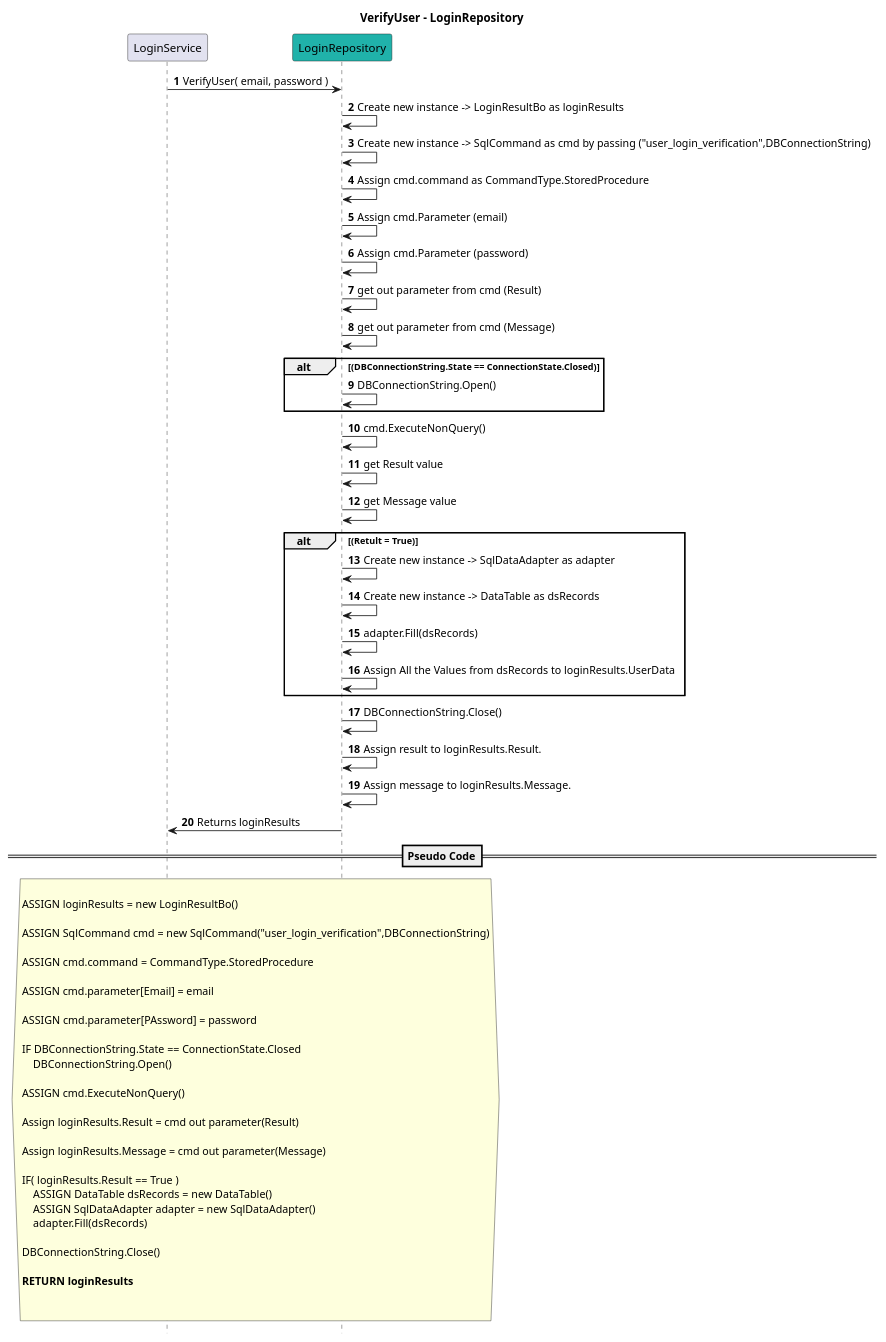
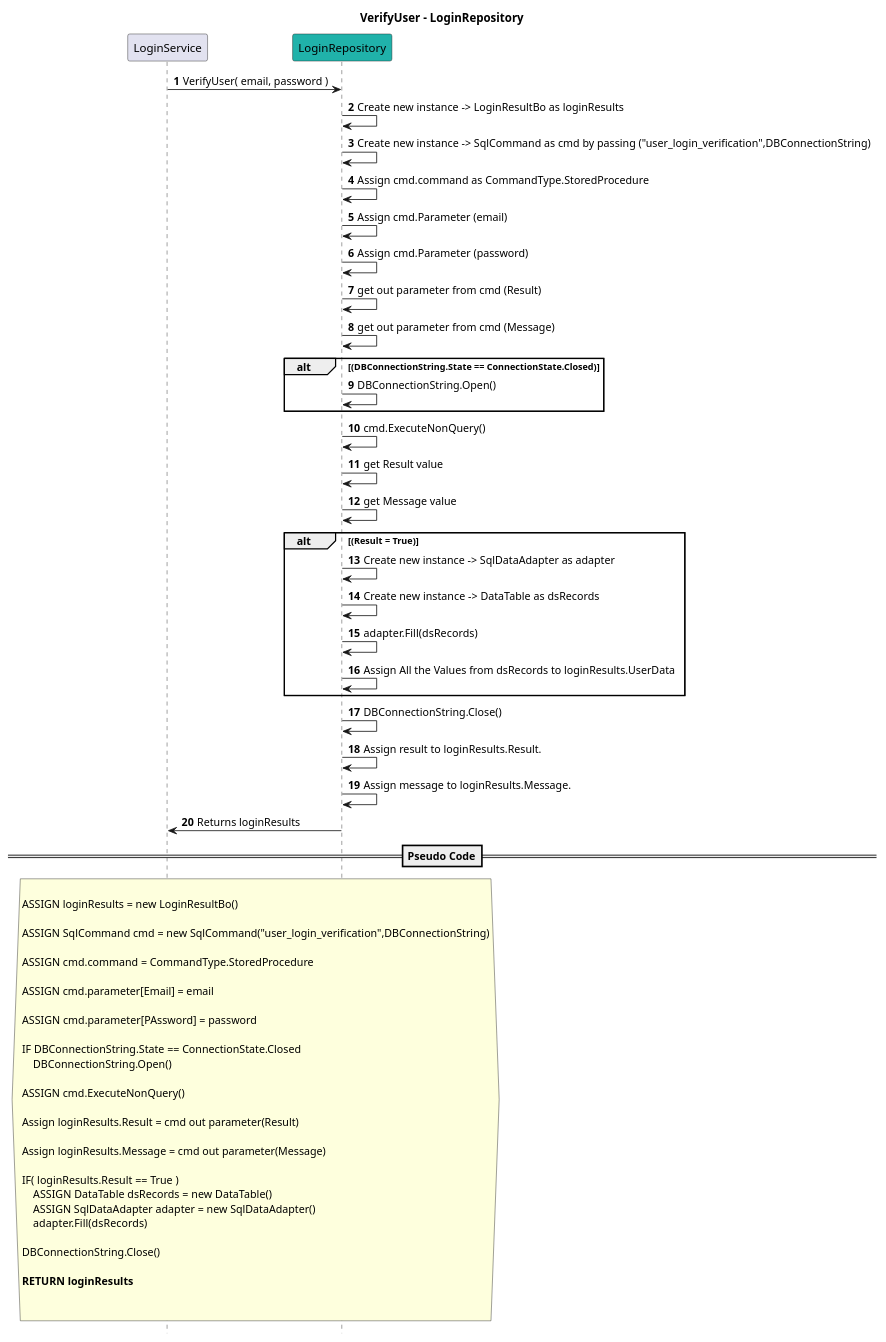
One commit to nainamuhammed/foodie-service changed the diagram in Restaurant_Web_Api/Repository/Login/Design/VerifyUser.puml. Above: the diagram before and after it, drawn with PlantUML. The commit also changed 7 other files, not shown here.

```diff
--- a/Restaurant_Web_Api/Repository/Login/Design/VerifyUser.puml
+++ b/Restaurant_Web_Api/Repository/Login/Design/VerifyUser.puml
@@ -1,88 +1,88 @@
 @startuml
 title VerifyUser - LoginRepository
 autonumber
 hide footbox
 
 participant LoginService
 participant LoginRepository #LightSeaGreen
 
 LoginService -> LoginRepository : VerifyUser( email, password )
 
     
     LoginRepository -> LoginRepository : Create new instance -> LoginResultBo as loginResults
 
     LoginRepository -> LoginRepository : Create new instance -> SqlCommand as cmd by passing ("user_login_verification",DBConnectionString)
 
     LoginRepository -> LoginRepository : Assign cmd.command as CommandType.StoredProcedure
 
     LoginRepository -> LoginRepository : Assign cmd.Parameter (email)
 
     LoginRepository -> LoginRepository : Assign cmd.Parameter (password)
 
         LoginRepository -> LoginRepository : get out parameter from cmd (Result)
 
     LoginRepository -> LoginRepository : get out parameter from cmd (Message)
     
     alt (DBConnectionString.State == ConnectionState.Closed)
         LoginRepository -> LoginRepository : DBConnectionString.Open()
     end
 
     LoginRepository -> LoginRepository : cmd.ExecuteNonQuery()
 
     LoginRepository -> LoginRepository : get Result value
 
     LoginRepository -> LoginRepository : get Message value
     
-    alt (Retult = True)
+    alt (Result = True)
         LoginRepository -> LoginRepository : Create new instance -> SqlDataAdapter as adapter
         LoginRepository -> LoginRepository : Create new instance -> DataTable as dsRecords
         LoginRepository -> LoginRepository : adapter.Fill(dsRecords)
         LoginRepository -> LoginRepository : Assign All the Values from dsRecords to loginResults.UserData 
     end
 
     LoginRepository -> LoginRepository : DBConnectionString.Close()
 
     LoginRepository -> LoginRepository : Assign result to loginResults.Result.
 
     LoginRepository -> LoginRepository : Assign message to loginResults.Message.
 
     LoginRepository -> LoginService : Returns loginResults
 
 
 
 
 ==Pseudo Code==
 hnote across
   
         ASSIGN loginResults = new LoginResultBo()
 
         ASSIGN SqlCommand cmd = new SqlCommand("user_login_verification",DBConnectionString)
         
         ASSIGN cmd.command = CommandType.StoredProcedure
 
         ASSIGN cmd.parameter[Email] = email
 
         ASSIGN cmd.parameter[PAssword] = password
         
         IF DBConnectionString.State == ConnectionState.Closed
             DBConnectionString.Open()
         
         ASSIGN cmd.ExecuteNonQuery() 
 
         Assign loginResults.Result = cmd out parameter(Result)
 
         Assign loginResults.Message = cmd out parameter(Message)
 
         IF( loginResults.Result == True )
             ASSIGN DataTable dsRecords = new DataTable()
             ASSIGN SqlDataAdapter adapter = new SqlDataAdapter()
             adapter.Fill(dsRecords)
 
         DBConnectionString.Close()
 
         **RETURN loginResults**
    
     
 end note
 
 @enduml
```
